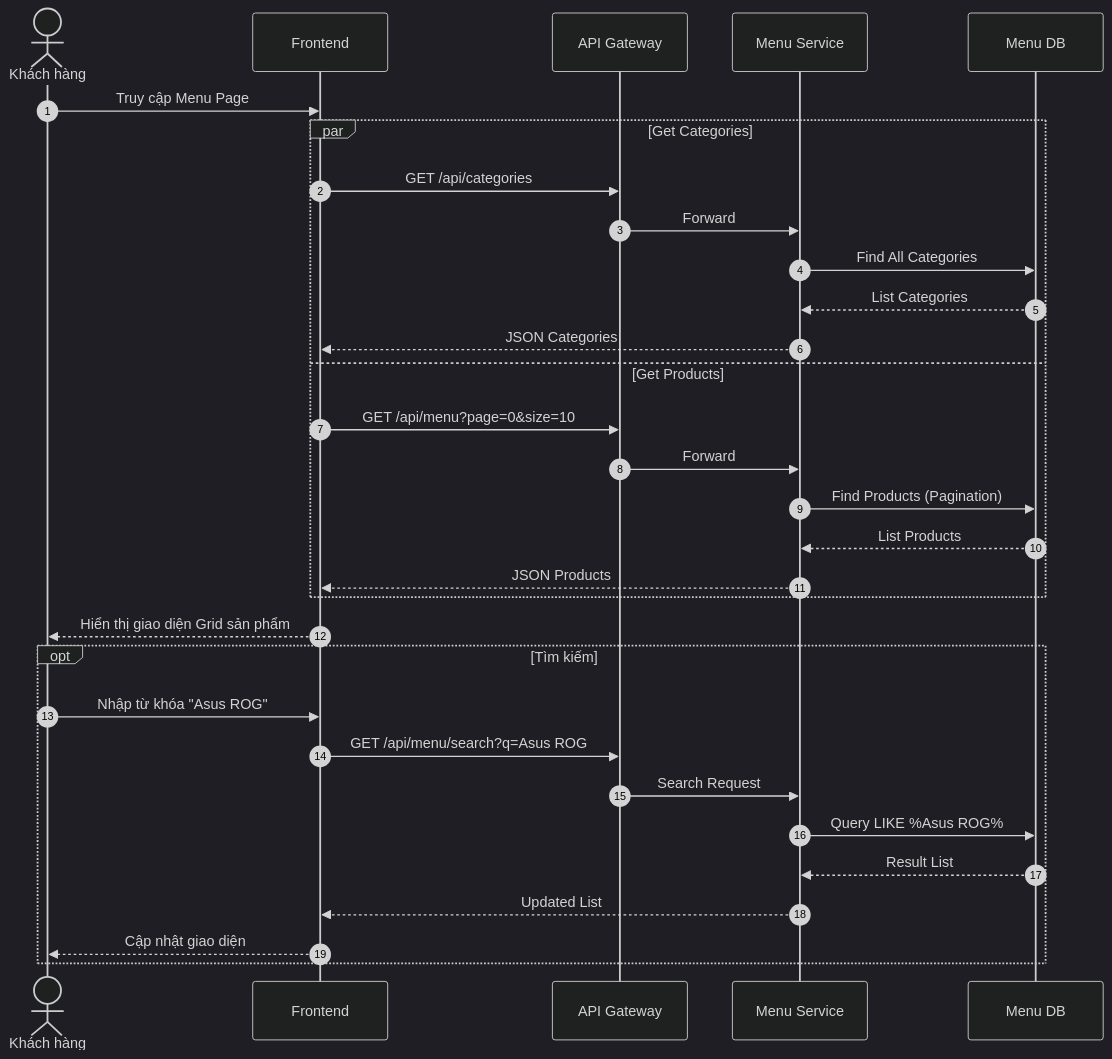
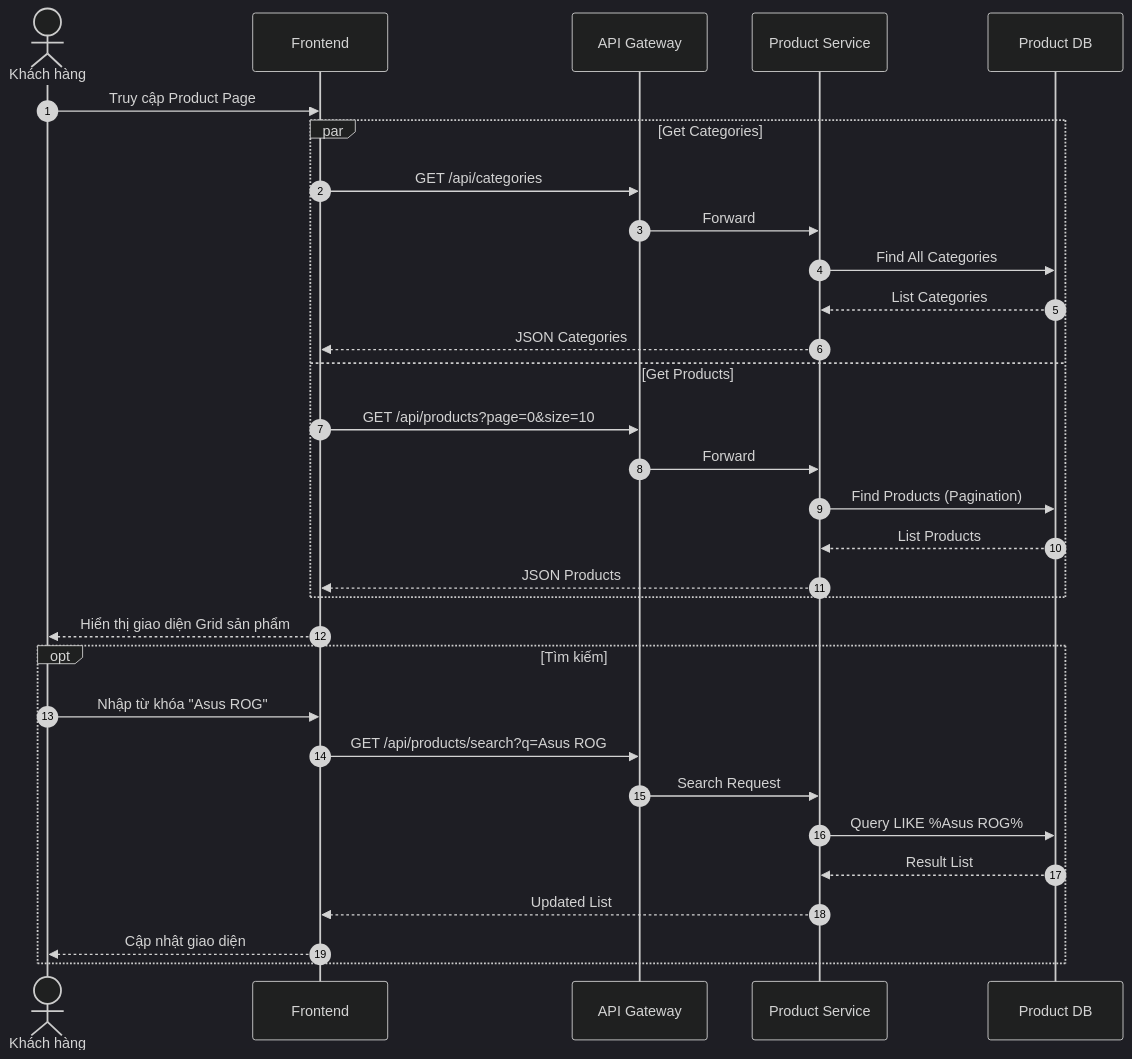
The third of 6 diagrams in MO_TA_CHI_TIET_CHUC_NANG.md (sonfithaui04-del/duongtech-ecommerce), drawn with Mermaid (dark theme) before and after one commit. The commit also changed other lines of this file and 22 other files, not shown here.

````diff
--- a/MO_TA_CHI_TIET_CHUC_NANG.md
+++ b/MO_TA_CHI_TIET_CHUC_NANG.md
@@ -175,35 +175,35 @@
 ```mermaid
 sequenceDiagram
     autonumber
     actor U as Khách hàng
     participant FE as Frontend
     participant GW as API Gateway
-    participant Menu as Menu Service
-    participant DB as Menu DB
+    participant Product as Product Service
+    participant DB as Product DB
 
-    U->>FE: Truy cập Menu Page
+    U->>FE: Truy cập Product Page
     par Get Categories
         FE->>GW: GET /api/categories
-        GW->>Menu: Forward
-        Menu->>DB: Find All Categories
-        DB-->>Menu: List Categories
-        Menu-->>FE: JSON Categories
+        GW->>Product: Forward
+        Product->>DB: Find All Categories
+        DB-->>Product: List Categories
+        Product-->>FE: JSON Categories
     and Get Products
-        FE->>GW: GET /api/menu?page=0&size=10
-        GW->>Menu: Forward
-        Menu->>DB: Find Products (Pagination)
-        DB-->>Menu: List Products
-        Menu-->>FE: JSON Products
+        FE->>GW: GET /api/products?page=0&size=10
+        GW->>Product: Forward
+        Product->>DB: Find Products (Pagination)
+        DB-->>Product: List Products
+        Product-->>FE: JSON Products
     end
     FE-->>U: Hiển thị giao diện Grid sản phẩm
     
     opt Tìm kiếm
         U->>FE: Nhập từ khóa "Asus ROG"
-        FE->>GW: GET /api/menu/search?q=Asus ROG
-        GW->>Menu: Search Request
-        Menu->>DB: Query LIKE %Asus ROG%
-        DB-->>Menu: Result List
-        Menu-->>FE: Updated List
+        FE->>GW: GET /api/products/search?q=Asus ROG
+        GW->>Product: Search Request
+        Product->>DB: Query LIKE %Asus ROG%
+        DB-->>Product: Result List
+        Product-->>FE: Updated List
         FE-->>U: Cập nhật giao diện
     end
 ```
````
